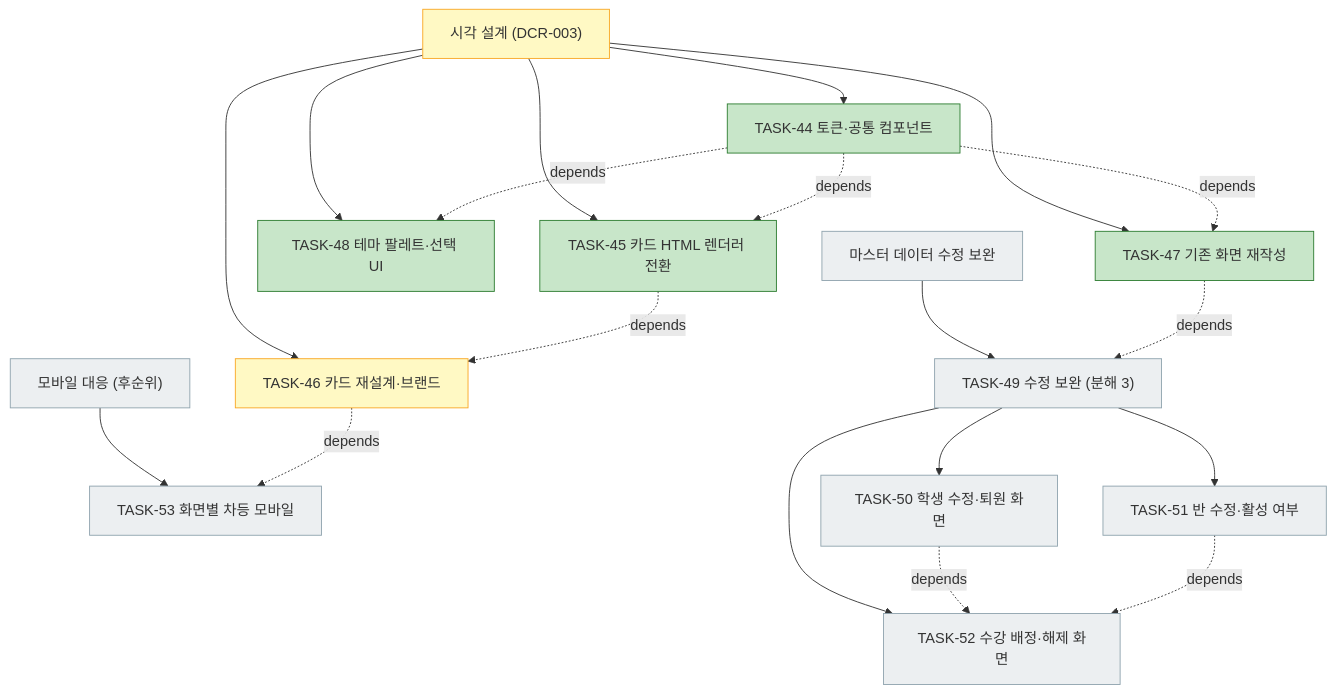
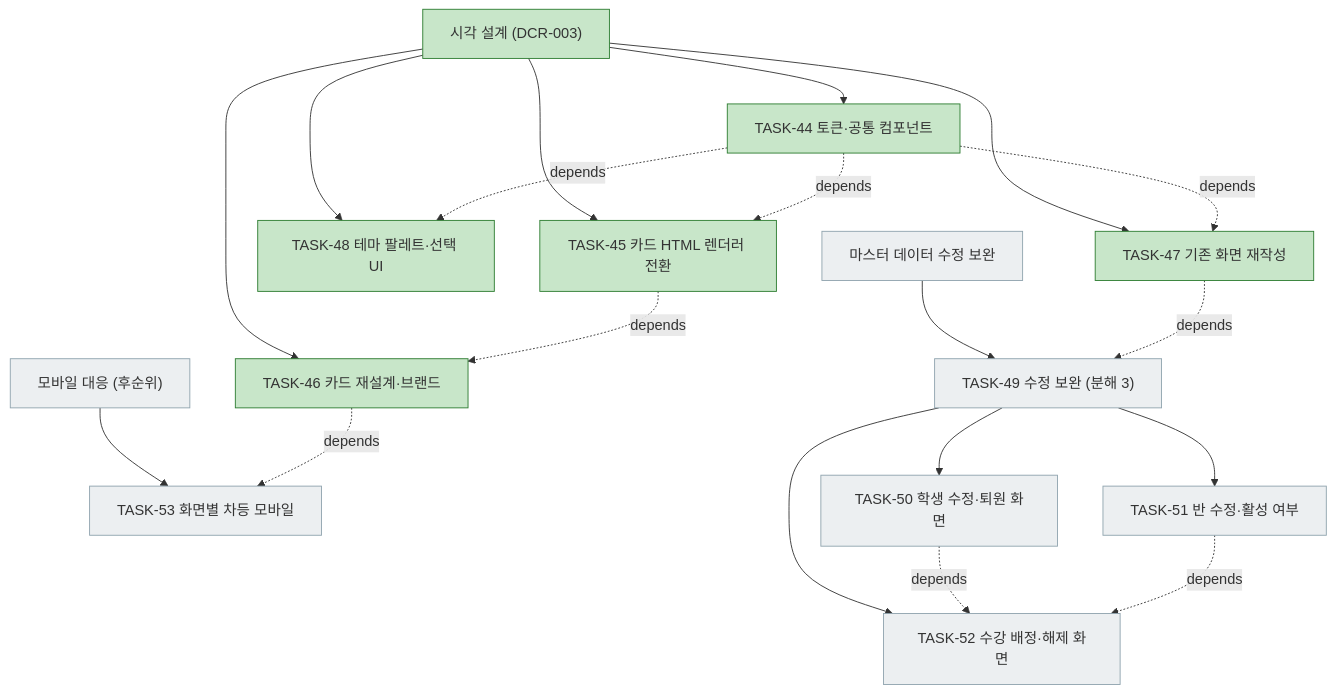
The fourth of 4 diagrams in docs/plan.md (bluesky5008/mathdesk), drawn with Mermaid before and after one commit. The commit also changed other lines of this file and 13 other files, not shown here.

First line of the commit message:
feat: TASK-46 브랜드 설정과 카드 연결, 시각 회귀 기준 수립

````diff
--- a/docs/plan.md
+++ b/docs/plan.md
@@ -223,27 +223,27 @@
 ```mermaid
 flowchart TD
-    V["시각 설계 (DCR-003)"]:::active
+    V["시각 설계 (DCR-003)"]:::done
     V --> T44["TASK-44 토큰·공통 컴포넌트"]:::done
     V --> T47["TASK-47 기존 화면 재작성"]:::done
     V --> T48["TASK-48 테마 팔레트·선택 UI"]:::done
     V --> T45["TASK-45 카드 HTML 렌더러 전환"]:::done
-    V --> T46["TASK-46 카드 재설계·브랜드"]:::active
+    V --> T46["TASK-46 카드 재설계·브랜드"]:::done
     MO["모바일 대응 (후순위)"]:::todo
     MO --> T53["TASK-53 화면별 차등 모바일"]:::todo
     T46 -. depends .-> T53
     M["마스터 데이터 수정 보완"]:::todo
     M --> T49["TASK-49 수정 보완 (분해 3)"]:::todo
     T49 --> T50["TASK-50 학생 수정·퇴원 화면"]:::todo
     T49 --> T51["TASK-51 반 수정·활성 여부"]:::todo
     T49 --> T52["TASK-52 수강 배정·해제 화면"]:::todo
     T44 -. depends .-> T47
     T44 -. depends .-> T48
     T44 -. depends .-> T45
     T45 -. depends .-> T46
     T47 -. depends .-> T49
     T50 -. depends .-> T52
     T51 -. depends .-> T52
     classDef done fill:#c8e6c9,stroke:#2e7d32
     classDef active fill:#fff9c4,stroke:#f9a825
     classDef todo fill:#eceff1,stroke:#90a4ae
 ```
````
